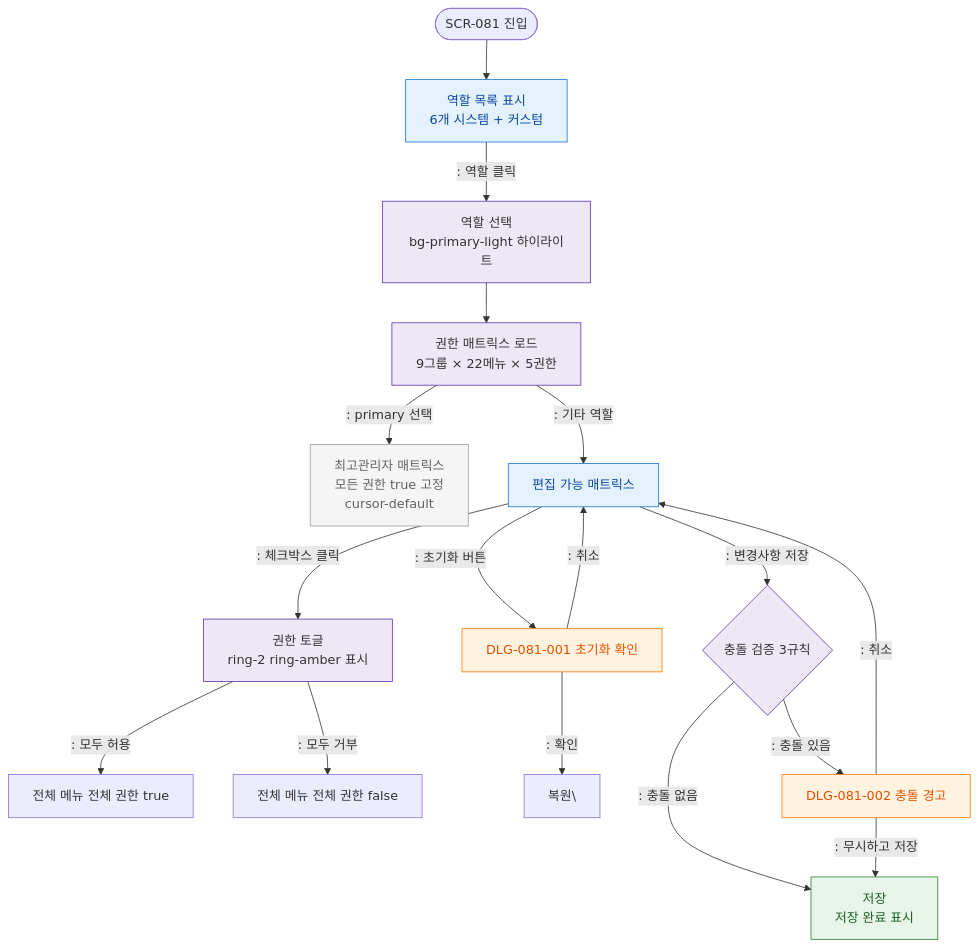
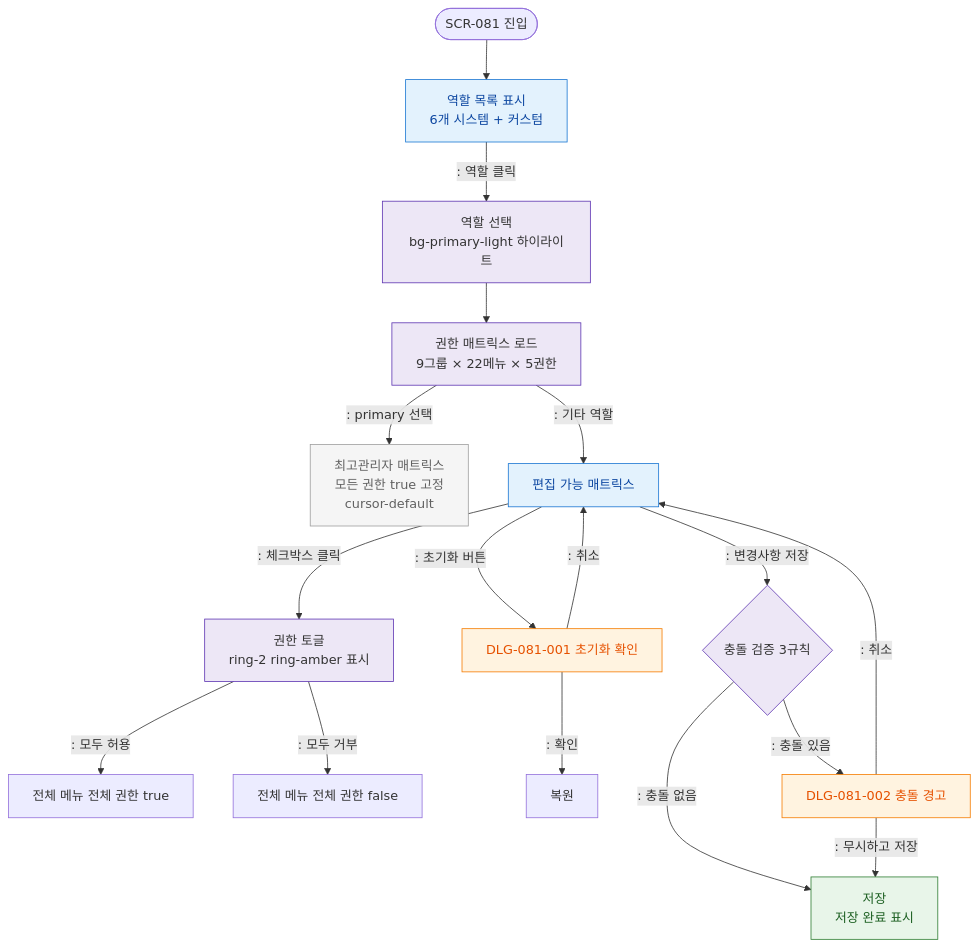
Before and after one commit to dev-spogym/admin-pando: the diagram in docs/admin/다이어그램/D09_설정관리/SCR-081_권한설정/F2_메인인터랙션.md, drawn with Mermaid. The commit also changed 369 other files, not shown here.

````diff
--- a/docs/admin/다이어그램/D09_설정관리/SCR-081_권한설정/F2_메인인터랙션.md
+++ b/docs/admin/다이어그램/D09_설정관리/SCR-081_권한설정/F2_메인인터랙션.md
@@ -15,34 +15,34 @@
 ```mermaid
 flowchart TD
     Entry([SCR-081 진입]) --> RoleList[역할 목록 표시\n6개 시스템 + 커스텀]
     RoleList -->|": 역할 클릭"|SelectRole[역할 선택\nbg-primary-light 하이라이트]
     SelectRole --> LoadMatrix[권한 매트릭스 로드\n9그룹 × 22메뉴 × 5권한]
 
     LoadMatrix -->|": primary 선택"|PrimaryMatrix[최고관리자 매트릭스\n모든 권한 true 고정\ncursor-default]
     LoadMatrix -->|": 기타 역할"|EditMatrix[편집 가능 매트릭스]
 
     EditMatrix -->|": 체크박스 클릭"|TogglePerm[권한 토글\nring-2 ring-amber 표시]
     TogglePerm -->|": 모두 허용"|AllAllow[전체 메뉴 전체 권한 true]
     TogglePerm -->|": 모두 거부"|AllDeny[전체 메뉴 전체 권한 false]
 
     EditMatrix -->|": 초기화 버튼"|DLG_001[DLG-081-001 초기화 확인]
-    DLG_001 -->|": 확인"|ResetPerm[복원\]
+    DLG_001 -->|": 확인"|ResetPerm[복원]
     DLG_001 -->|": 취소"|EditMatrix
 
     EditMatrix -->|": 변경사항 저장"|ConflictCheck{충돌 검증 3규칙}
     ConflictCheck -->|": 충돌 없음"|SavePerm[저장\n저장 완료 표시]
     ConflictCheck -->|": 충돌 있음"|DLG_002[DLG-081-002 충돌 경고]
     DLG_002 -->|": 무시하고 저장"|SavePerm
     DLG_002 -->|": 취소"|EditMatrix
 
     classDef screen fill:#E3F2FD,stroke:#1976D2,color:#0D47A1
     classDef modal fill:#FFF3E0,stroke:#F57C00,color:#E65100
     classDef system fill:#EDE7F6,stroke:#5E35B2
     classDef success fill:#E8F5E9,stroke:#2E7D32,color:#1B5E20
     classDef rbacBlocked fill:#F5F5F5,stroke:#9E9E9E,color:#616161
     class RoleList,EditMatrix screen
     class DLG_001,DLG_002 modal
     class LoadMatrix,SelectRole,ConflictCheck,TogglePerm system
     class SavePerm success
     class PrimaryMatrix rbacBlocked
 ```
````
